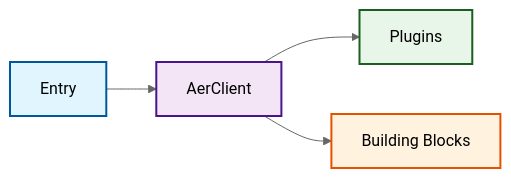
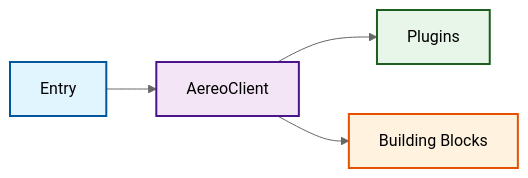
The third of 7 diagrams in docs/aer-architecture-visualization.md (frandorr/aereo), drawn with Mermaid (neutral theme) before and after one commit. The commit also changed other lines of this file and 17 other files, not shown here.

````diff
--- a/docs/aer-architecture-visualization.md
+++ b/docs/aer-architecture-visualization.md
@@ -62,16 +62,16 @@
 ```mermaid
 flowchart LR
     classDef entry fill:#e1f5ff,stroke:#01579b,stroke-width:2px,color:#000
     classDef core fill:#f3e5f5,stroke:#4a148c,stroke-width:2px,color:#000
     classDef plugin fill:#e8f5e9,stroke:#1b5e20,stroke-width:2px,color:#000
     classDef data fill:#fff3e0,stroke:#e65100,stroke-width:2px,color:#000
 
     A["Entry"]:::entry
-    B["AerClient"]:::core
+    B["AereoClient"]:::core
     C["Plugins"]:::plugin
     D["Building Blocks"]:::data
 
     A --> B
     B --> C
     B --> D
 ```
````
